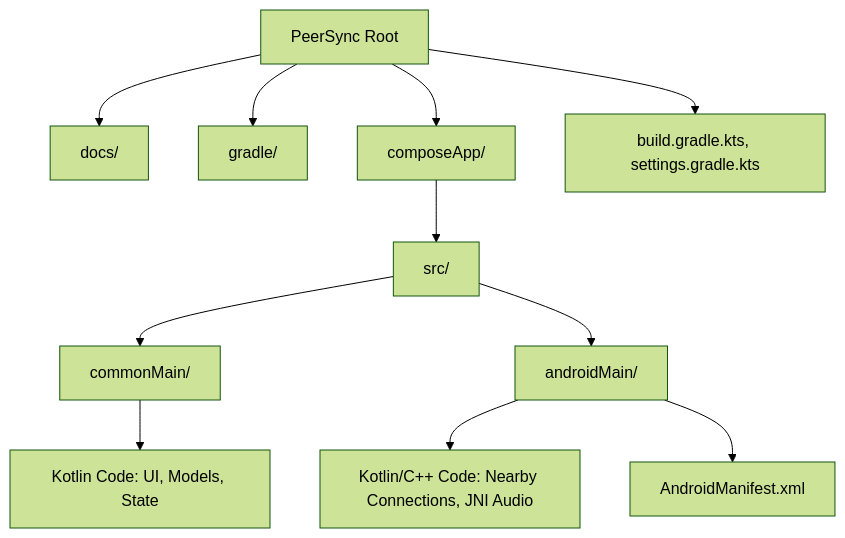
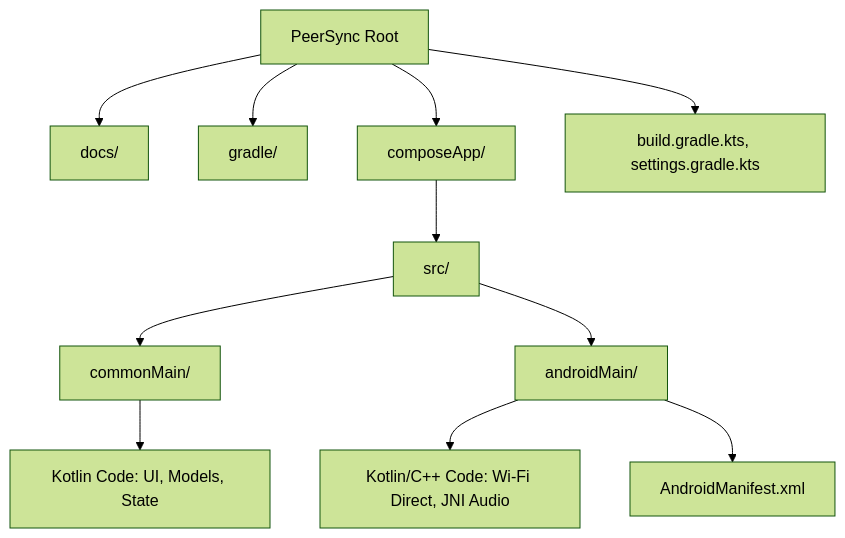
One commit to WINDY-WINDWARD/PeerSync changed the first of 2 diagrams in docs/ImplementationPlan.md. Above: the diagram before and after it, drawn with Mermaid (forest theme). The commit also changed other lines of this file and 17 other files, not shown here.

````diff
--- a/docs/ImplementationPlan.md
+++ b/docs/ImplementationPlan.md
@@ -13,15 +13,15 @@
 ```mermaid
 flowchart TD
     Root["PeerSync Root"] --> Docs["docs/"]
     Root --> Gradle["gradle/"]
     Root --> ComposeApp["composeApp/"]
     Root --> BuildFiles["build.gradle.kts, settings.gradle.kts"]
 
     ComposeApp --> Src["src/"]
     Src --> CommonMain["commonMain/"]
     Src --> AndroidMain["androidMain/"]
 
     CommonMain --> CommonCode["Kotlin Code: UI, Models, State"]
-    AndroidMain --> AndroidCode["Kotlin/C++ Code: Nearby Connections, JNI Audio"]
+    AndroidMain --> AndroidCode["Kotlin/C++ Code: Wi-Fi Direct, JNI Audio"]
     AndroidMain --> Manifest["AndroidManifest.xml"]
 ```
````
